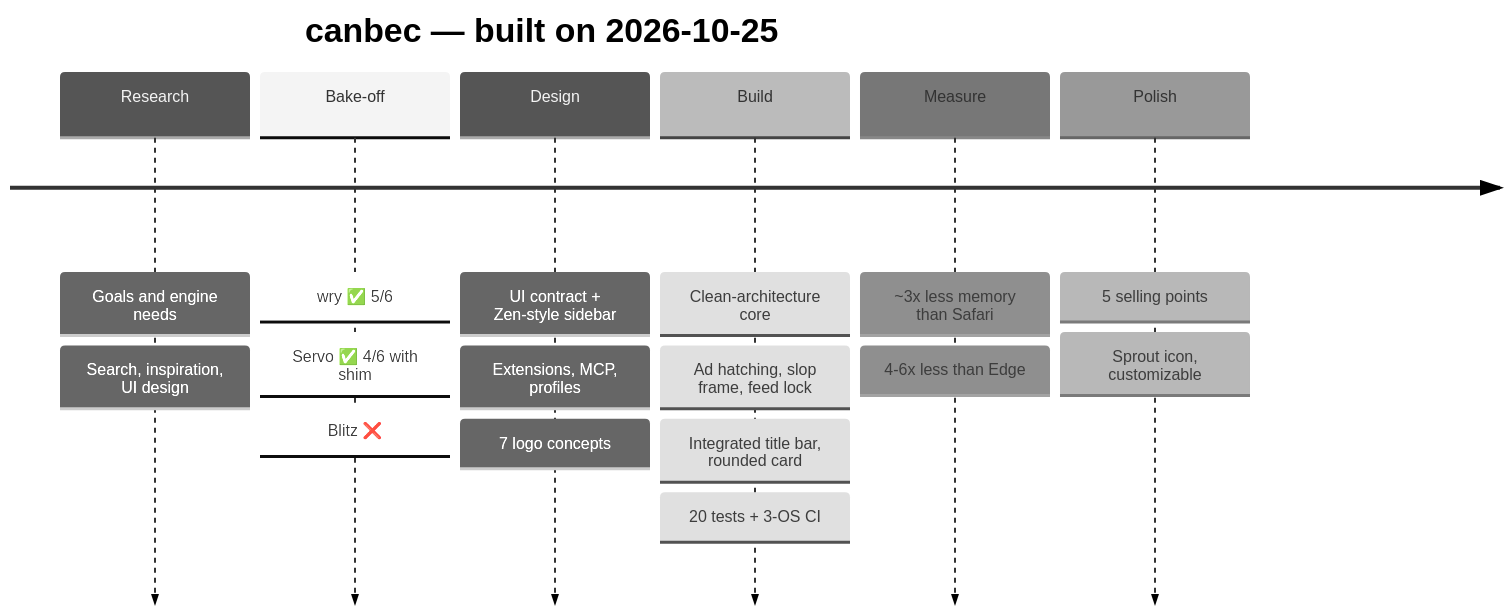
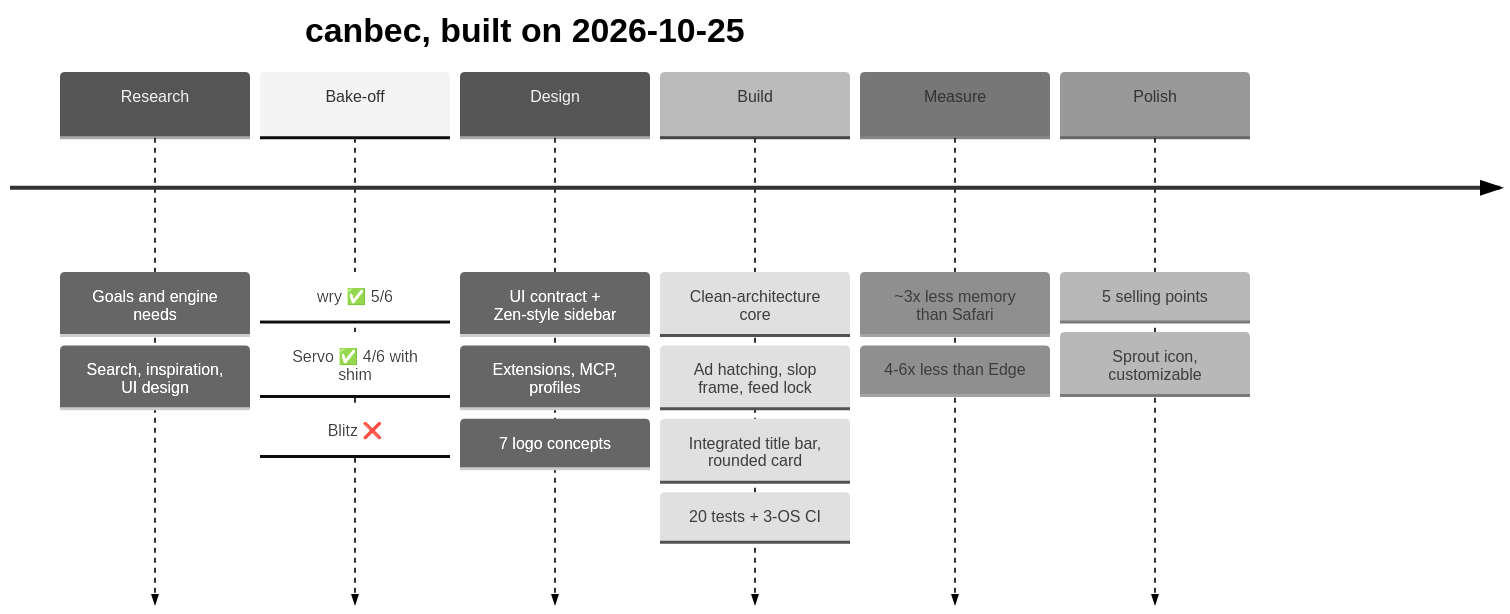
One commit to Cod3rs-org/canbec changed the diagram in README.md. Above: the diagram before and after it, drawn with Mermaid (neutral theme). The commit also changed other lines of this file, not shown here.

````diff
--- a/README.md
+++ b/README.md
@@ -59,20 +64,20 @@
 ```mermaid
 timeline
-    title canbec — built on 2026-10-25
+    title canbec, built on 2026-10-25
     Research : Goals and engine needs
              : Search, inspiration, UI design
     Bake-off : wry ✅ 5/6
              : Servo ✅ 4/6 with shim
              : Blitz ❌
     Design   : UI contract + Zen-style sidebar
              : Extensions, MCP, profiles
              : 7 logo concepts
     Build    : Clean-architecture core
              : Ad hatching, slop frame, feed lock
              : Integrated title bar, rounded card
              : 20 tests + 3-OS CI
     Measure  : ~3x less memory than Safari
              : 4-6x less than Edge
     Polish   : 5 selling points
              : Sprout icon, customizable
 ```
````
